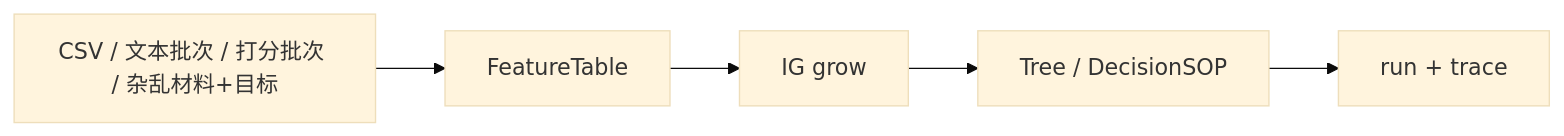
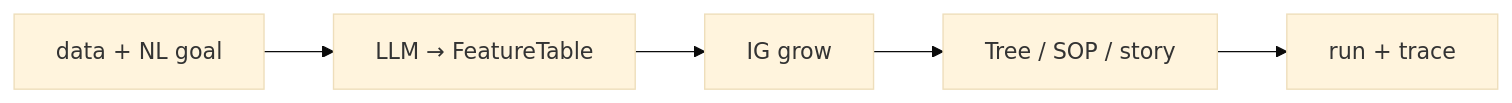
The diagram in README.md (qzqdz/jevtree), drawn with Mermaid (base theme) before and after one commit. The commit also changed other lines of this file and 7 other files, not shown here.

First line of the commit message:
feat: unify Meta-Jev on one LLM entry (decide --data + --goal)

````diff
--- a/README.md
+++ b/README.md
@@ -22,7 +20,7 @@
 ```mermaid
 flowchart LR
-  A[CSV / 文本批次 / 打分批次 / 杂乱材料+目标] --> B[FeatureTable]
+  A["data + NL goal"] --> B[LLM → FeatureTable]
   B --> C[IG grow]
-  C --> D[Tree / DecisionSOP]
+  C --> D[Tree / SOP / story]
   D --> E[run + trace]
 ```
````
